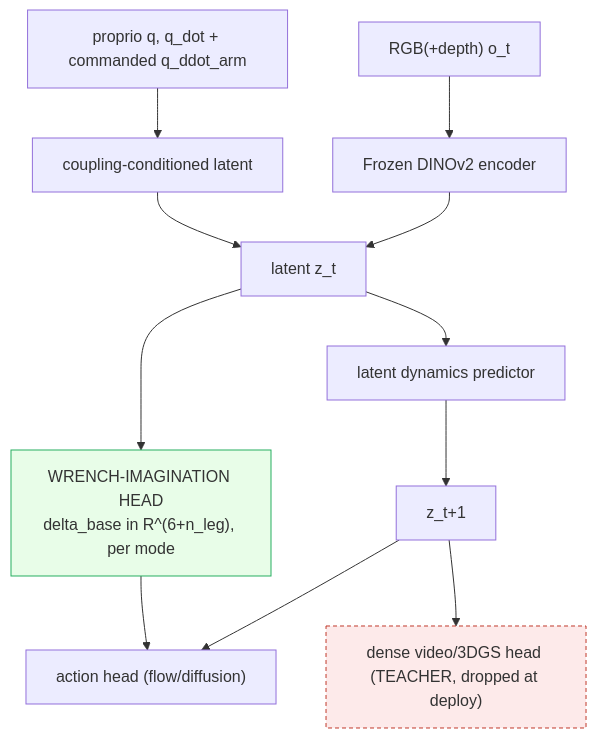
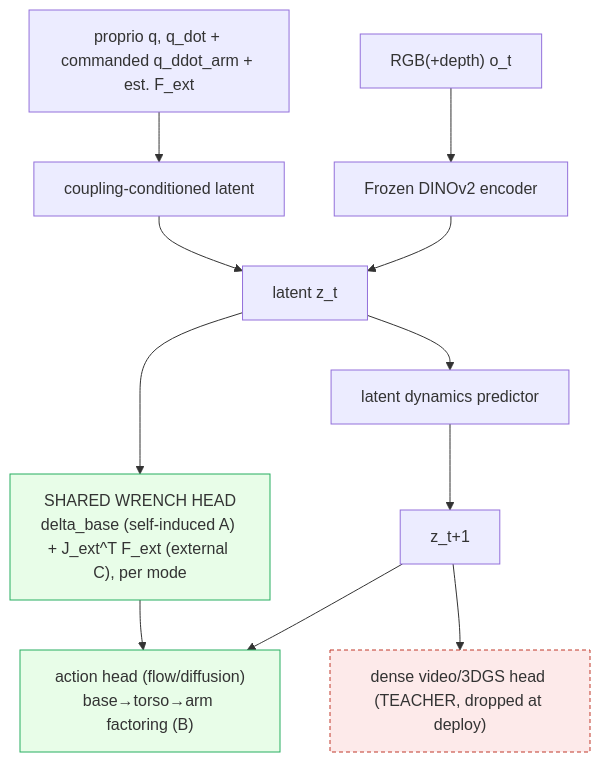
The diagram in _Projects_/Research-Directions/Focus-Direction-Research-Plan.md (ChuaHanChong/ResearchBrain), drawn with Mermaid before and after one commit. The commit also changed other lines of this file and 4 other files, not shown here.

First line of the commit message:
refactor(Research-Directions): cluster-level falsifiers, co-equal WB.A/B/C, drop paper/timeline, content fixes

````diff
--- a/_Projects_/Research-Directions/Focus-Direction-Research-Plan.md
+++ b/_Projects_/Research-Directions/Focus-Direction-Research-Plan.md
@@ -52,14 +60,15 @@
 ```mermaid
 graph TD
     O["RGB(+depth) o_t"] --> E["Frozen DINOv2 encoder"]
-    P["proprio q, q_dot + commanded q_ddot_arm"] --> C["coupling-conditioned latent"]
+    P["proprio q, q_dot + commanded q_ddot_arm + est. F_ext"] --> C["coupling-conditioned latent"]
     E --> Z["latent z_t"]
     C --> Z
     Z --> D["latent dynamics predictor"] --> Zp["z_t+1"]
-    Z --> W["WRENCH-IMAGINATION HEAD<br/>delta_base in R^(6+n_leg), per mode"]
-    Zp --> A["action head (flow/diffusion)"]
+    Z --> W["SHARED WRENCH HEAD<br/>delta_base (self-induced A) + J_ext^T F_ext (external C), per mode"]
+    Zp --> A["action head (flow/diffusion)<br/>base→torso→arm factoring (B)"]
     Zp --> V["dense video/3DGS head (TEACHER, dropped at deploy)"]
     W --> A
     style W fill:#e8fde8,stroke:#27ae60
+    style A fill:#e8fde8,stroke:#27ae60
     style V fill:#fdeaea,stroke:#c0392b,stroke-dasharray: 4 3
 ```
````
